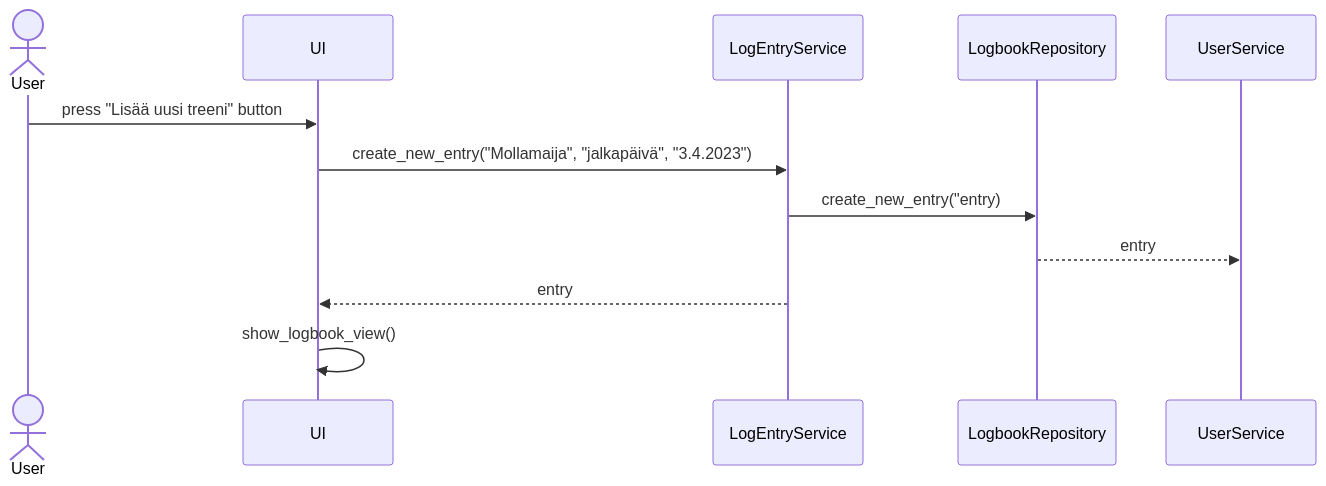
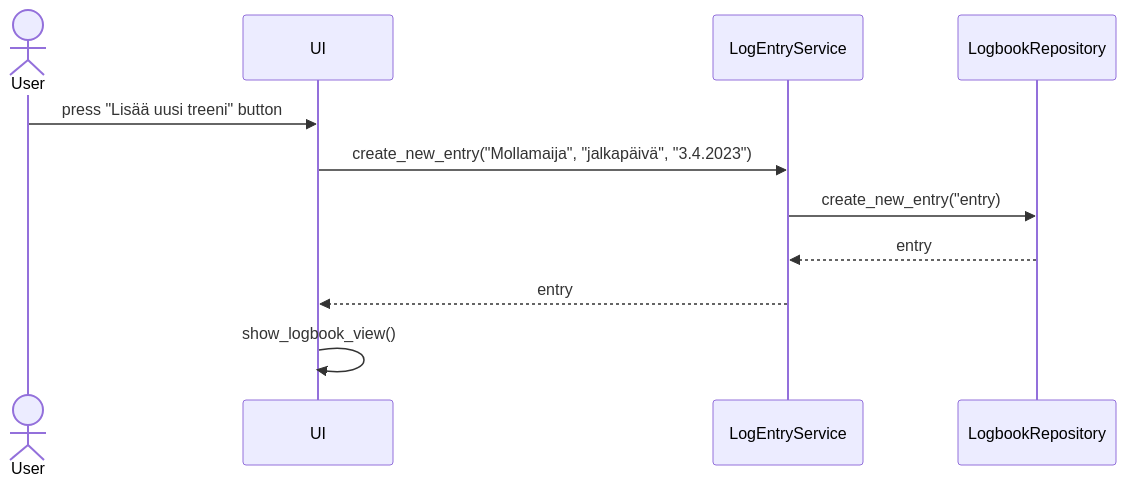
The fifth of 5 diagrams in dokumentaatio/arkkitehtuuri.md (brotholi/ot-harjoitustyo), drawn with Mermaid before and after one commit. The commit also changed other lines of this file, not shown here.

````diff
--- a/dokumentaatio/arkkitehtuuri.md
+++ b/dokumentaatio/arkkitehtuuri.md
@@ -86,13 +89,13 @@
 ```mermaid
 sequenceDiagram
   actor User
   participant UI
   participant LogEntryService
   participant LogbookRepository
   User->>UI: press "Lisää uusi treeni" button
   UI->>LogEntryService: create_new_entry("Mollamaija", "jalkapäivä", "3.4.2023")
   LogEntryService->>LogbookRepository: create_new_entry("entry)
-  LogbookRepository-->>UserService: entry
+  LogbookRepository-->>LogEntryService: entry
   LogEntryService-->>UI: entry
   UI->>UI: show_logbook_view()
  ```
````
